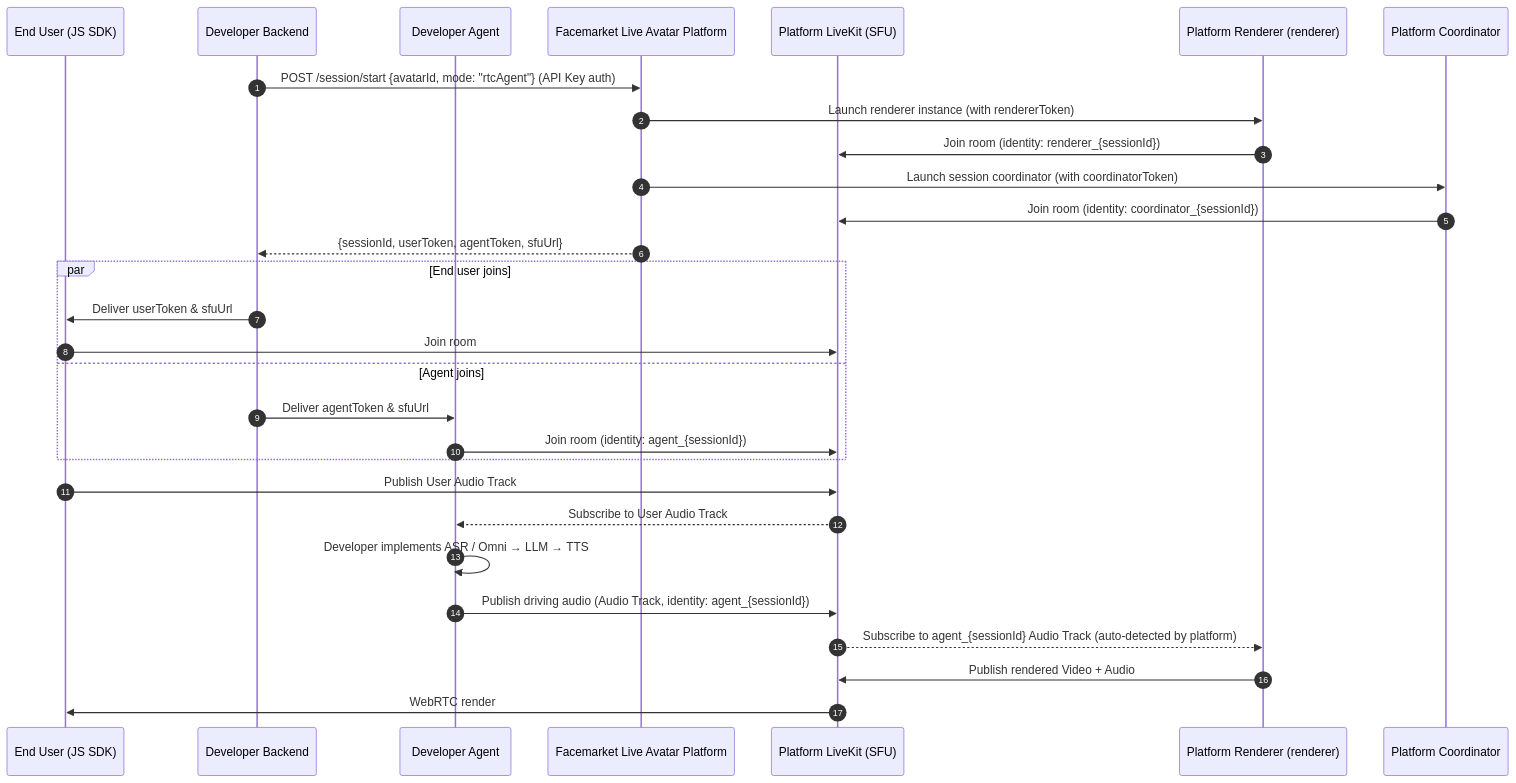
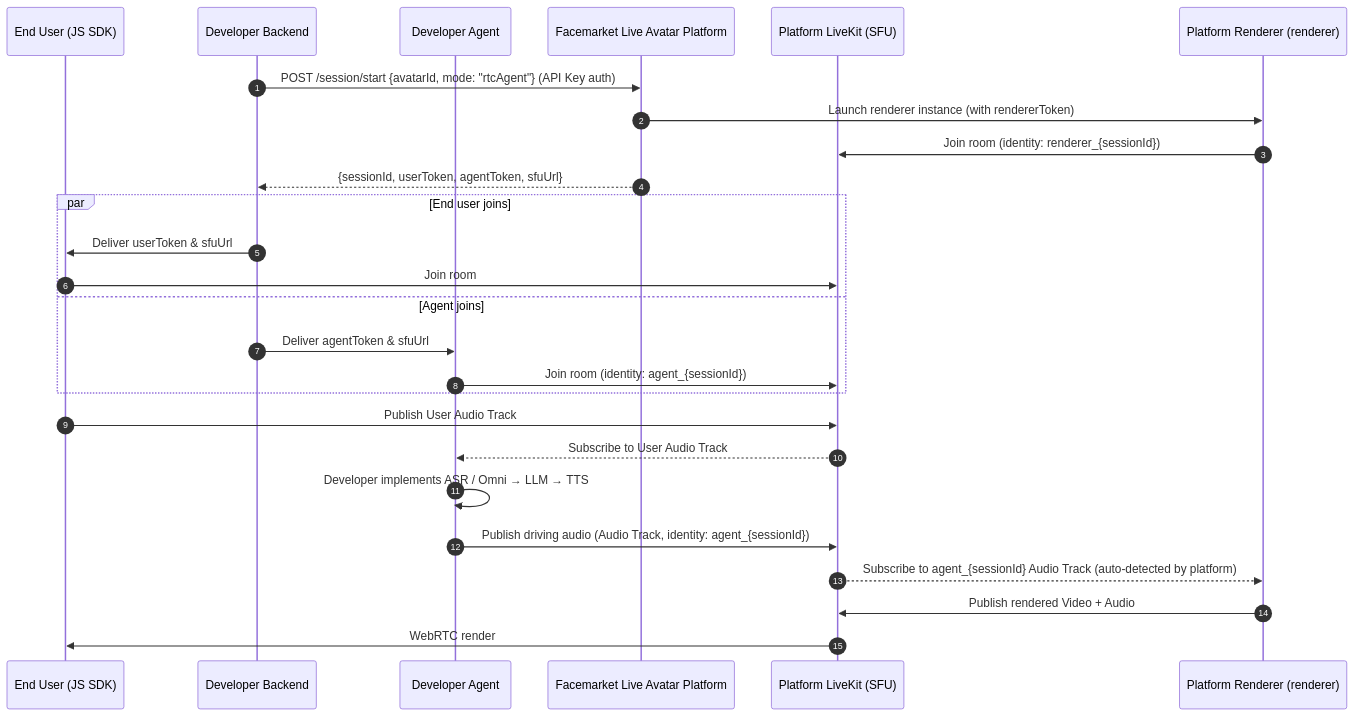
The second of 3 diagrams in Live Avatar Integration Guide.md (newportAI-lab/liveavatar-integration-guide), drawn with Mermaid before and after one commit. The commit also changed other lines of this file and 2 other files, not shown here.

Commit message:
remove coordinator from participants

````diff
--- a/Live Avatar Integration Guide.md
+++ b/Live Avatar Integration Guide.md
@@ -469,34 +464,31 @@
 ```mermaid
 sequenceDiagram
     autonumber
     participant Client as End User (JS SDK)
     participant Backend as Developer Backend
     participant Agent as Developer Agent
     participant Platform as Facemarket Live Avatar Platform
     participant LiveKit as Platform LiveKit (SFU)
     participant Renderer as Platform Renderer (renderer)
-    participant Coordinator as Platform Coordinator
 
     Backend->>Platform: POST /session/start {avatarId, mode: "rtcAgent"} (API Key auth)
     Platform->>Renderer: Launch renderer instance (with rendererToken)
     Renderer->>LiveKit: Join room (identity: renderer_{sessionId})
-    Platform->>Coordinator: Launch session coordinator (with coordinatorToken)
-    Coordinator->>LiveKit: Join room (identity: coordinator_{sessionId})
     Platform-->>Backend: {sessionId, userToken, agentToken, sfuUrl}
 
     par End user joins
         Backend->>Client: Deliver userToken & sfuUrl
         Client->>LiveKit: Join room
     and Agent joins
         Backend->>Agent: Deliver agentToken & sfuUrl
         Agent->>LiveKit: Join room (identity: agent_{sessionId})
     end
 
     Client->>LiveKit: Publish User Audio Track
     LiveKit-->>Agent: Subscribe to User Audio Track
     Agent->>Agent: Developer implements ASR / Omni → LLM → TTS
     Agent->>LiveKit: Publish driving audio (Audio Track, identity: agent_{sessionId})
     LiveKit-->>Renderer: Subscribe to agent_{sessionId} Audio Track (auto-detected by platform)
     Renderer->>LiveKit: Publish rendered Video + Audio
     LiveKit->>Client: WebRTC render
 ```
````
